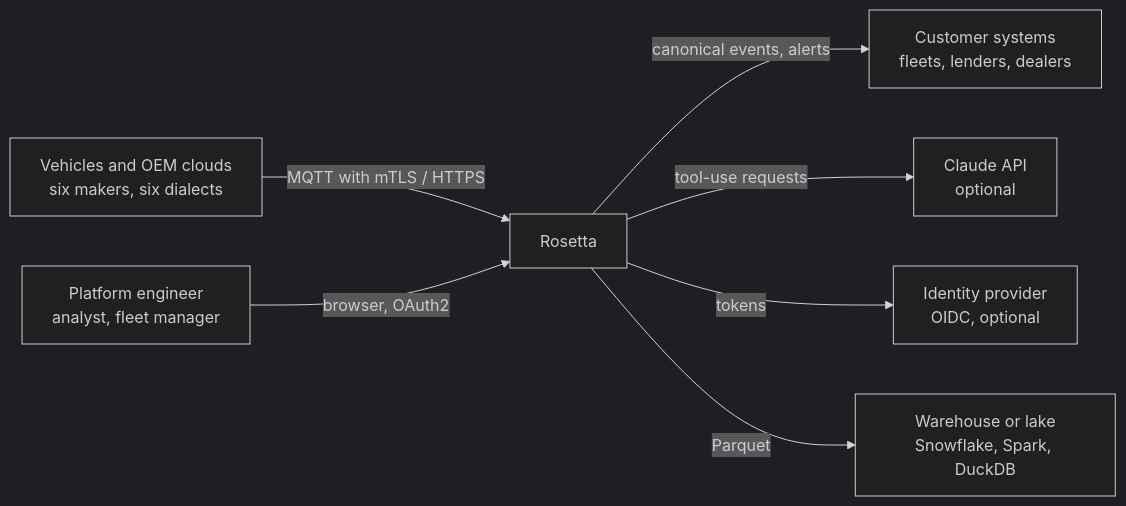
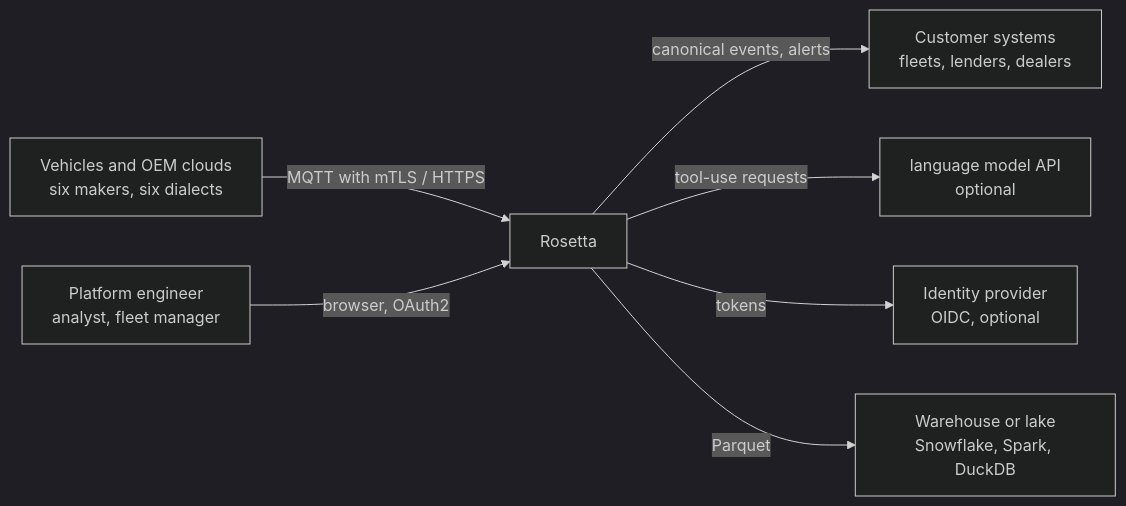
The first of 3 diagrams in docs/architecture.md (bhanu-prakash920/rosetta), drawn with Mermaid (dark theme) before and after one commit. The commit also changed other lines of this file and 21 other files, not shown here.

First line of the commit message:
Let any supported model drive the agent, not only Claude

````diff
--- a/docs/architecture.md
+++ b/docs/architecture.md
@@ -5,9 +5,9 @@
 ```mermaid
 flowchart LR
     V[Vehicles and OEM clouds<br/>six makers, six dialects] -- MQTT with mTLS / HTTPS --> R[Rosetta]
     R -- canonical events, alerts --> C[Customer systems<br/>fleets, lenders, dealers]
     U[Platform engineer<br/>analyst, fleet manager] -- browser, OAuth2 --> R
-    R -- tool-use requests --> L[Claude API<br/>optional]
+    R -- tool-use requests --> L[language model API<br/>optional]
     R -- tokens --> I[Identity provider<br/>OIDC, optional]
     R -- Parquet --> W[Warehouse or lake<br/>Snowflake, Spark, DuckDB]
 ```
````
